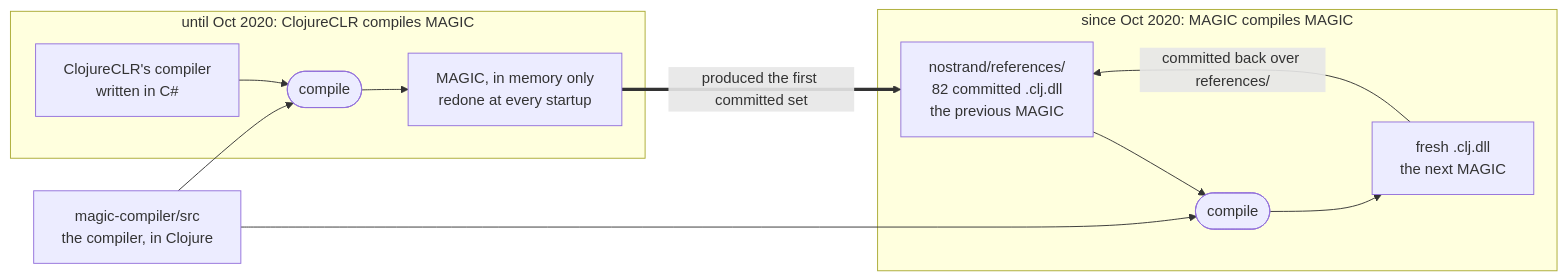
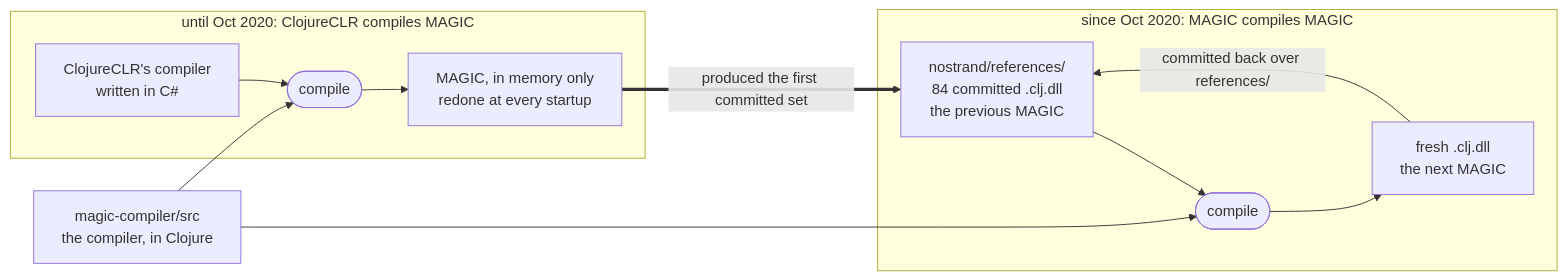
Before and after one commit to flybot-sg/magic: the first of 6 diagrams in docs/bootstrap.md, drawn with Mermaid. The commit also changed other lines of this file and 17 other files, not shown here.

````diff
--- a/docs/bootstrap.md
+++ b/docs/bootstrap.md
@@ -16,23 +16,23 @@
 ```mermaid
 flowchart LR
     src["magic-compiler/src<br/>the compiler, in Clojure"]
 
     subgraph era1["until Oct 2020: ClojureCLR compiles MAGIC"]
         clr["ClojureCLR's compiler<br/>written in C#35;"]
         c1(["compile"])
         mem["MAGIC, in memory only<br/>redone at every startup"]
         clr --> c1 --> mem
     end
 
     subgraph era2["since Oct 2020: MAGIC compiles MAGIC"]
-        refs["nostrand/references/<br/>82 committed .clj.dll<br/>the previous MAGIC"]
+        refs["nostrand/references/<br/>84 committed .clj.dll<br/>the previous MAGIC"]
         c2(["compile"])
         out["fresh .clj.dll<br/>the next MAGIC"]
         refs --> c2 --> out
         out -->|"committed back over references/"| refs
     end
 
     src --> c1
     src --> c2
     mem ==>|"produced the first committed set"| refs
 ```
````
